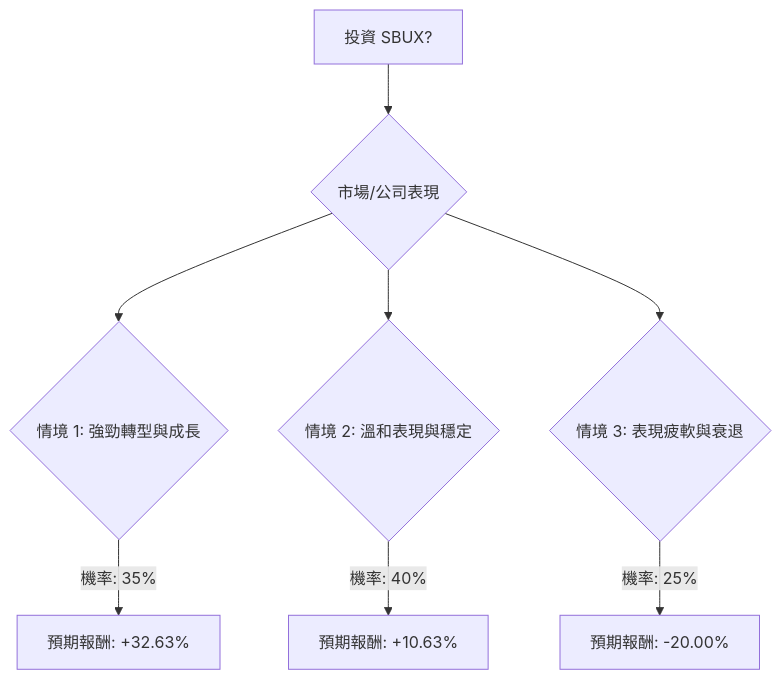
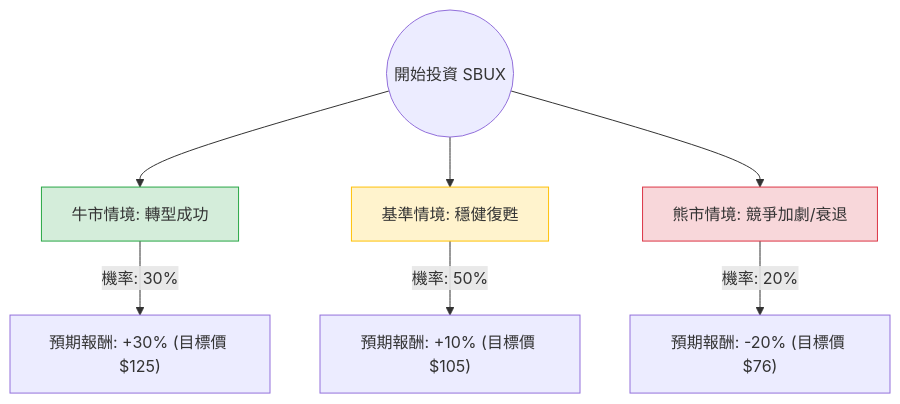
Before and after one commit to zmcx16/zmcx16.github.io: the diagram in plugin-react/ai-analysis/ev-analysis/SBUX.md, drawn with Mermaid. The commit also changed other lines of this file and 67 other files, not shown here.

````diff
--- a/plugin-react/ai-analysis/ev-analysis/SBUX.md
+++ b/plugin-react/ai-analysis/ev-analysis/SBUX.md
@@ -71,13 +20,14 @@
 ```mermaid
 graph TD
-    A[投資 SBUX?] --> B{市場/公司表現}
+    Start((開始投資 SBUX)) --> Bull[牛市情境: 轉型成功]
+    Start --> Base[基準情境: 穩健復甦]
+    Start --> Bear[熊市情境: 競爭加劇/衰退]
 
-    B --> C{情境 1: 強勁轉型與成長}
-    C -- 機率: 35% --> C1[預期報酬: +32.63%]
+    Bull -- "機率: 30%" --> BullVal["預期報酬: +30% (目標價 $125)"]
+    Base -- "機率: 50%" --> BaseVal["預期報酬: +10% (目標價 $105)"]
+    Bear -- "機率: 20%" --> BearVal["預期報酬: -20% (目標價 $76)"]
 
-    B --> D{情境 2: 溫和表現與穩定}
-    D -- 機率: 40% --> D1[預期報酬: +10.63%]
-
-    B --> E{情境 3: 表現疲軟與衰退}
-    E -- 機率: 25% --> E1[預期報酬: -20.00%]
+    style Bull fill:#d4edda,stroke:#28a745
+    style Base fill:#fff3cd,stroke:#ffc107
+    style Bear fill:#f8d7da,stroke:#dc3545
 ```
````
